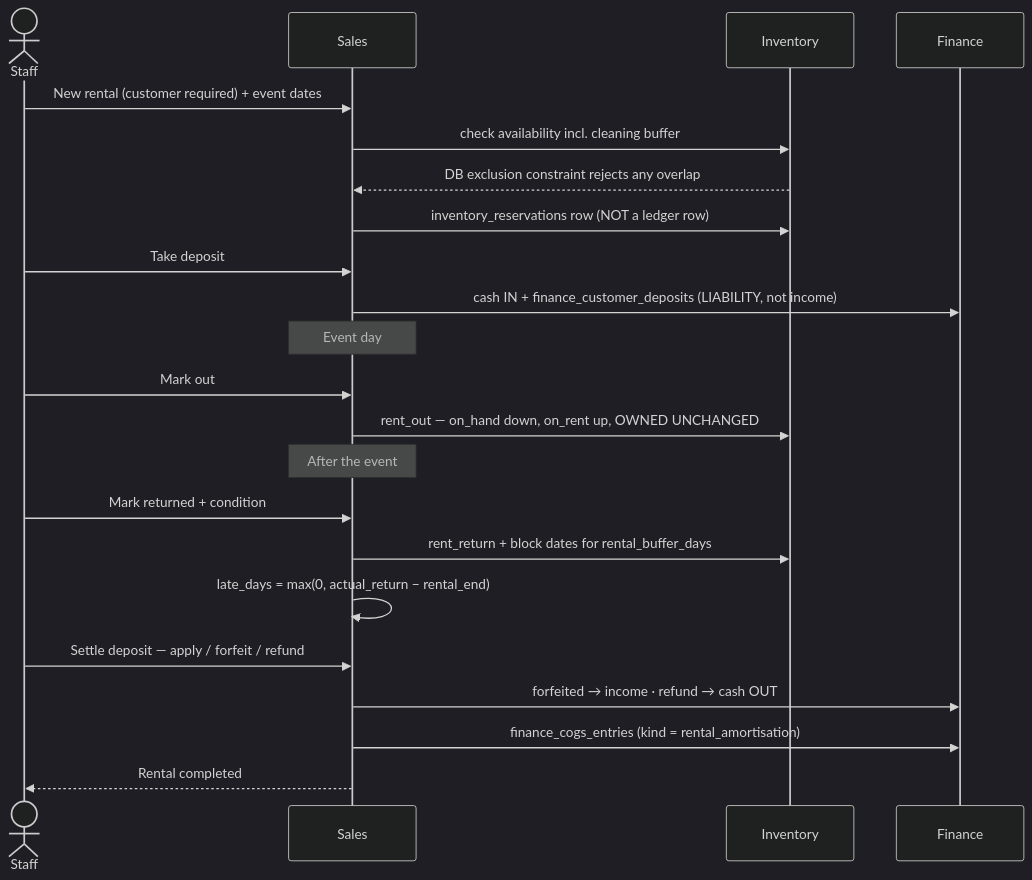
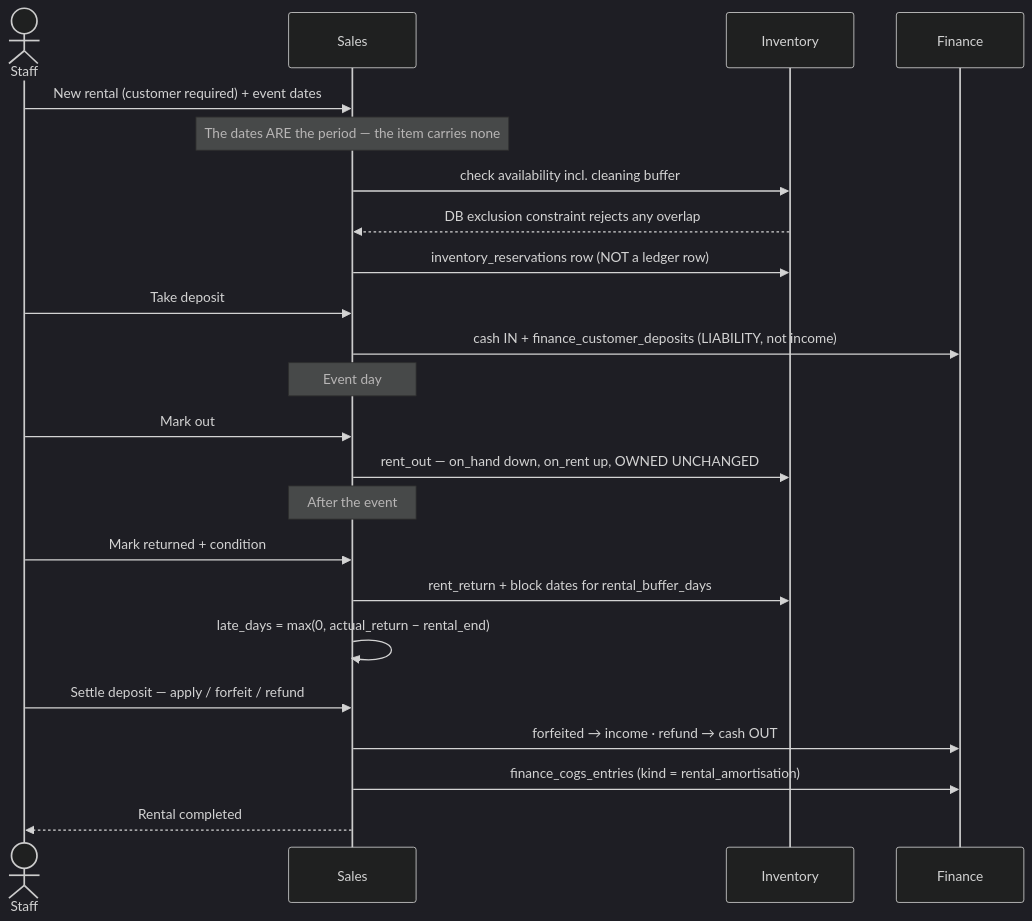
One commit to niaazaai/boms changed the eighth of 15 diagrams in specs/flows/application-flows.md. Above: the diagram before and after it, drawn with Mermaid (dark theme). The commit also changed other lines of this file and 14 other files, not shown here.

````diff
--- a/specs/flows/application-flows.md
+++ b/specs/flows/application-flows.md
@@ -157,24 +166,25 @@
 ```mermaid
 sequenceDiagram
   actor Staff
   participant SAL as Sales
   participant INV as Inventory
   participant FIN as Finance
   Staff->>SAL: New rental (customer required) + event dates
+  Note over SAL: The dates ARE the period — the item carries none
   SAL->>INV: check availability incl. cleaning buffer
   INV-->>SAL: DB exclusion constraint rejects any overlap
   SAL->>INV: inventory_reservations row (NOT a ledger row)
   Staff->>SAL: Take deposit
   SAL->>FIN: cash IN + finance_customer_deposits (LIABILITY, not income)
   Note over SAL: Event day
   Staff->>SAL: Mark out
   SAL->>INV: rent_out — on_hand down, on_rent up, OWNED UNCHANGED
   Note over SAL: After the event
   Staff->>SAL: Mark returned + condition
   SAL->>INV: rent_return + block dates for rental_buffer_days
   SAL->>SAL: late_days = max(0, actual_return − rental_end)
   Staff->>SAL: Settle deposit — apply / forfeit / refund
   SAL->>FIN: forfeited → income · refund → cash OUT
   SAL->>FIN: finance_cogs_entries (kind = rental_amortisation)
   SAL-->>Staff: Rental completed
 ```
````
